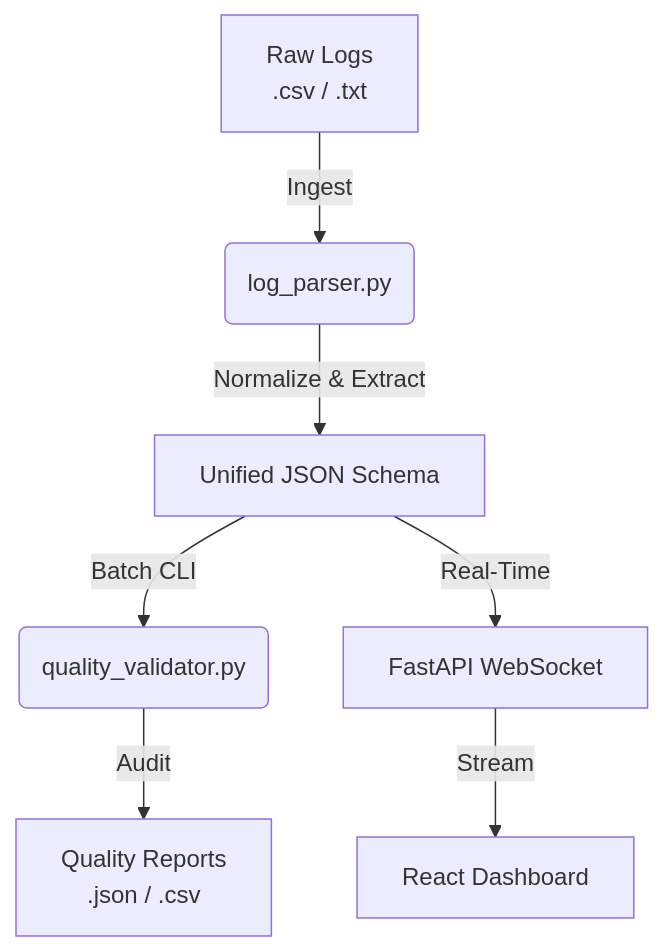
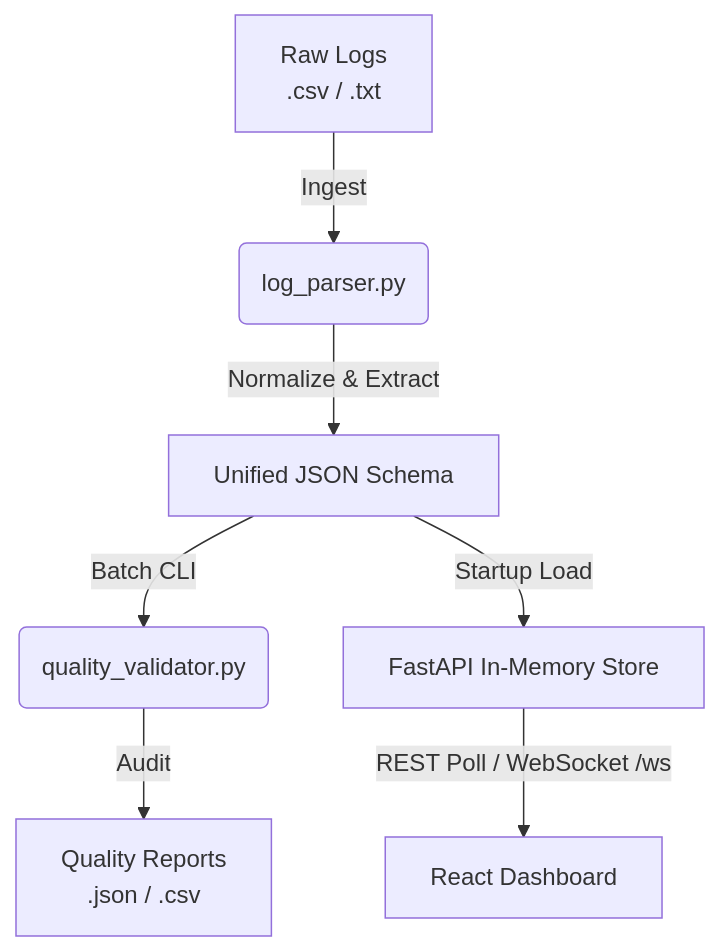
The diagram in README.md (MAFA-KHAN/CipherFlow), drawn with Mermaid before and after one commit. The commit also changed other lines of this file and 6 other files, not shown here.

Commit message:
feat: add real WebSocket /ws endpoint + client; fix README accuracy, ARCHITECTURE.md heading, author name

````diff
--- a/README.md
+++ b/README.md
@@ -30,9 +30,9 @@
 ```mermaid
 graph TD
-    A[Raw Logs<br/>.csv / .txt] -->|Ingest| B(log_parser.py)
+    A["Raw Logs<br/>.csv / .txt"] -->|Ingest| B(log_parser.py)
     B -->|Normalize & Extract| C[Unified JSON Schema]
     C -->|Batch CLI| D(quality_validator.py)
-    C -->|Real-Time| E[FastAPI WebSocket]
-    E -->|Stream| F[React Dashboard]
-    D -->|Audit| G[Quality Reports<br/>.json / .csv]
+    C -->|Startup Load| E[FastAPI In-Memory Store]
+    E -->|REST Poll / WebSocket /ws| F[React Dashboard]
+    D -->|Audit| G["Quality Reports<br/>.json / .csv"]
 ```
````
